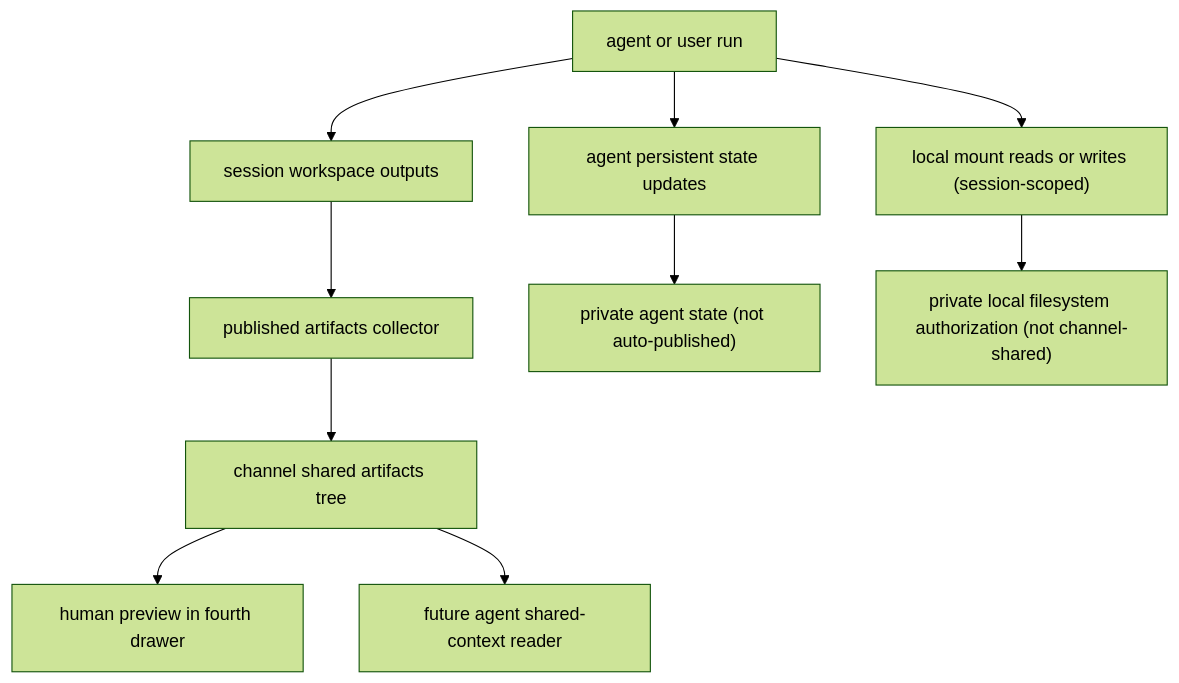
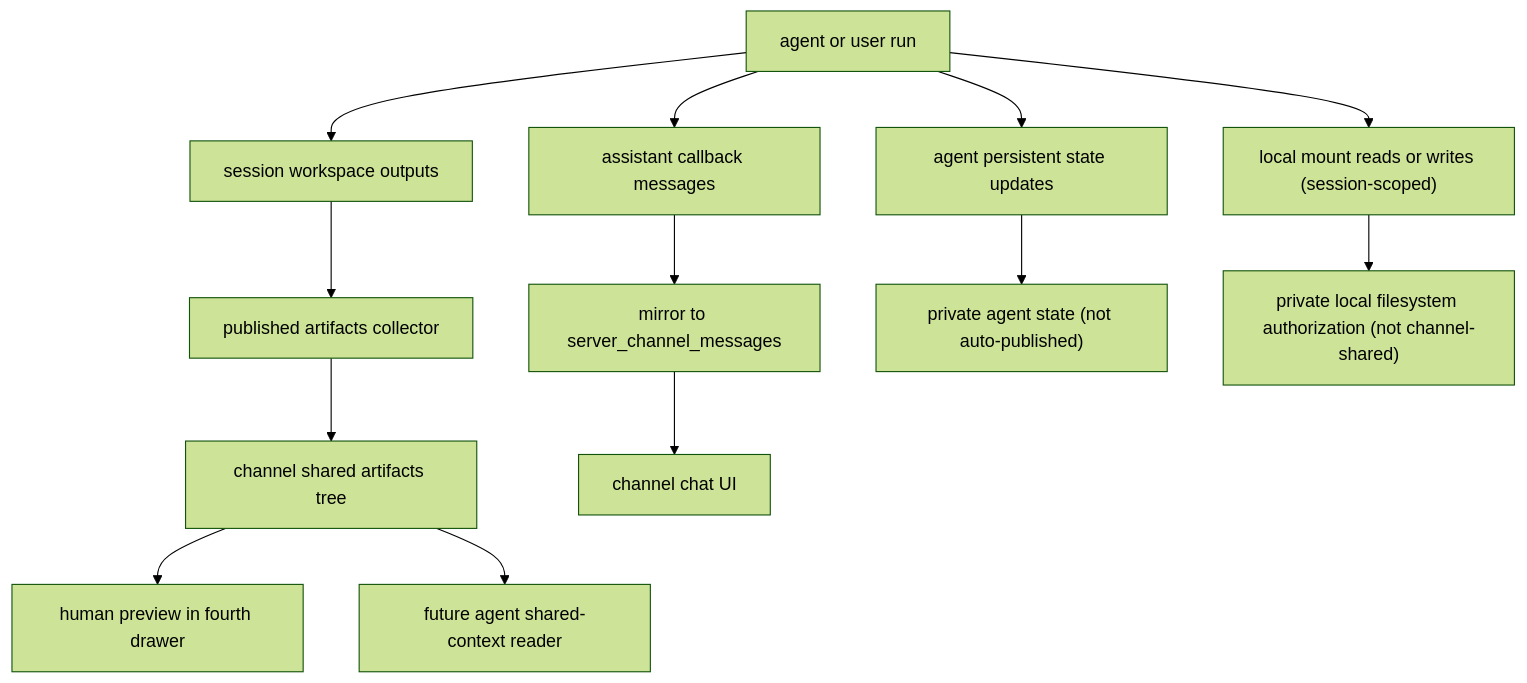
Before and after one commit to ffy6511/poco-agent: the first of 2 diagrams in specs/constitution/2026-05-05-channel-shared-context-and-artifacts.md, drawn with Mermaid (forest theme). The commit also changed other lines of this file, not shown here.

First line of the commit message:
docs: updated constitution for channel-shared-context

````diff
--- a/specs/constitution/2026-05-05-channel-shared-context-and-artifacts.md
+++ b/specs/constitution/2026-05-05-channel-shared-context-and-artifacts.md
@@ -96,12 +110,15 @@
 ```mermaid
 graph TD
     A["agent or user run"] --> B["session workspace outputs"]
     A --> C["agent persistent state updates"]
     A --> D["local mount reads or writes (session-scoped)"]
     B --> E["published artifacts collector"]
     E --> F["channel shared artifacts tree"]
     F --> G["human preview in fourth drawer"]
     F --> H["future agent shared-context reader"]
+    A --> I["assistant callback messages"]
+    I --> J["mirror to server_channel_messages"]
+    J --> K["channel chat UI"]
     C --> X["private agent state (not auto-published)"]
     D --> Y["private local filesystem authorization (not channel-shared)"]
 ```
````
